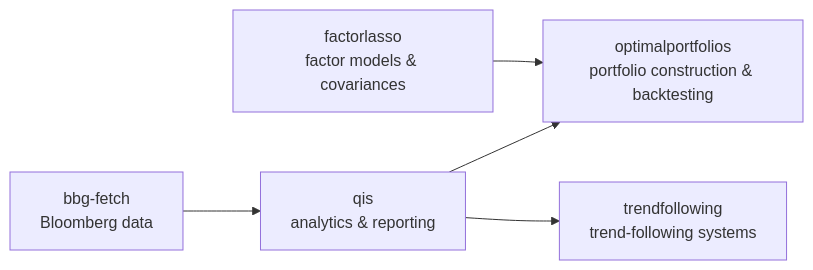
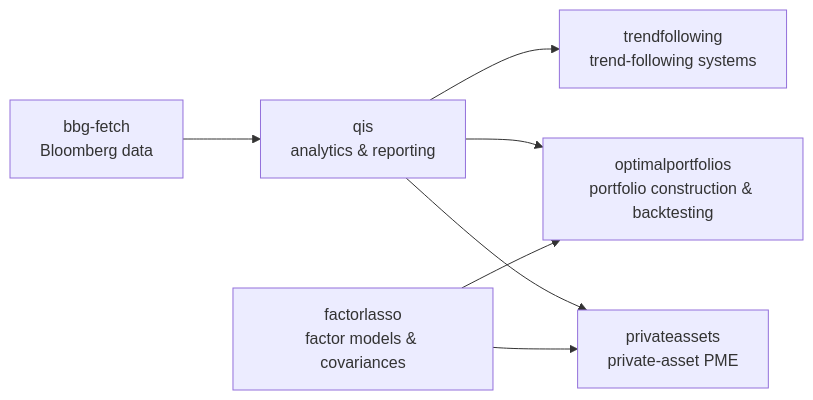
One commit to ArturSepp/ArturSepp changed the diagram in README.md. Above: the diagram before and after it, drawn with Mermaid. The commit also changed other lines of this file and 1 other file, not shown here.

````diff
--- a/README.md
+++ b/README.md
@@ -26,7 +27,9 @@
 ```mermaid
 flowchart LR
     bbg["bbg-fetch<br/>Bloomberg data"] --> qis["qis<br/>analytics & reporting"]
     fl["factorlasso<br/>factor models & covariances"] --> op["optimalportfolios<br/>portfolio construction & backtesting"]
     qis --> op
     qis --> tf["trendfollowing<br/>trend-following systems"]
+    fl --> pa["privateassets<br/>private-asset PME"]
+    qis --> pa
 ```
````
